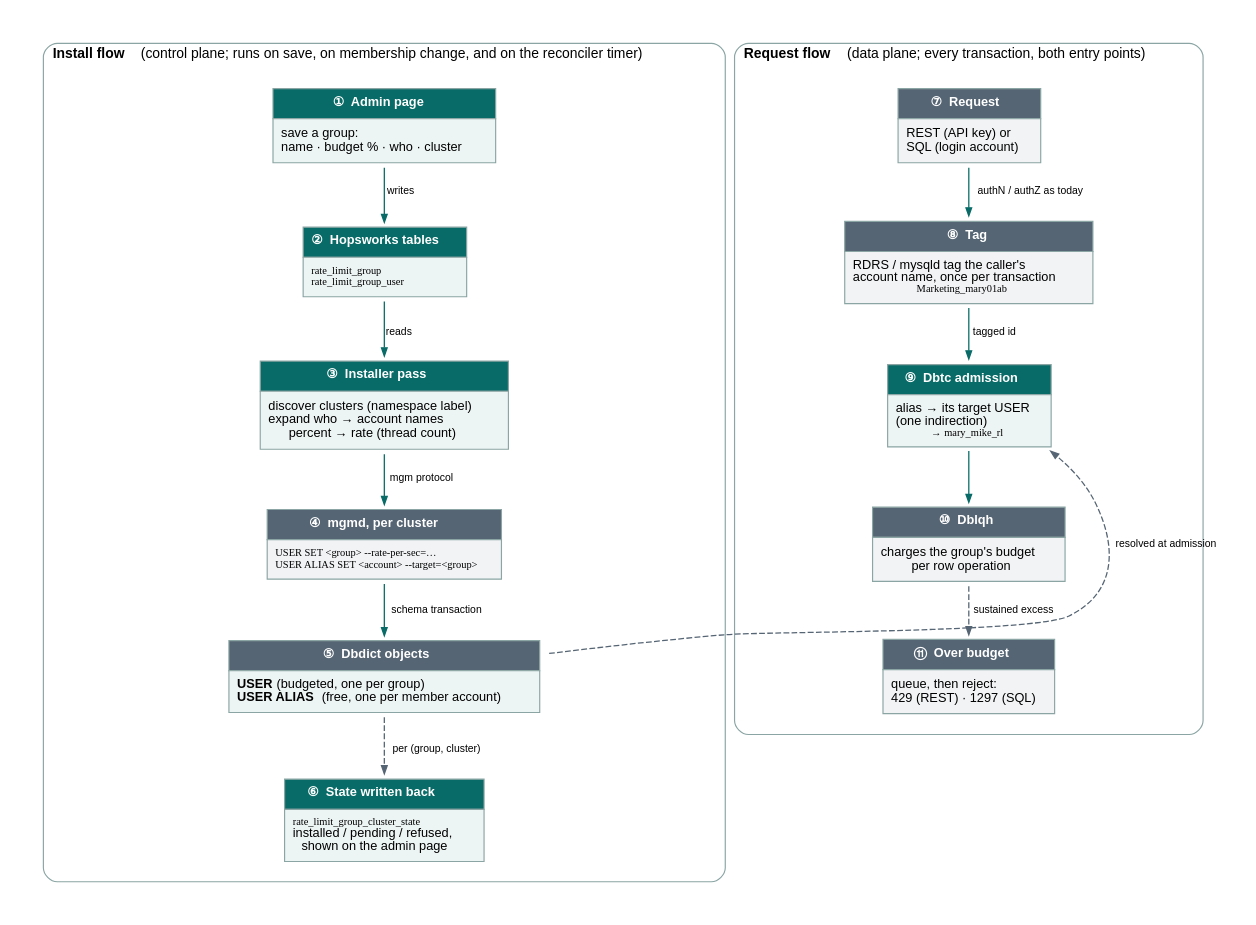
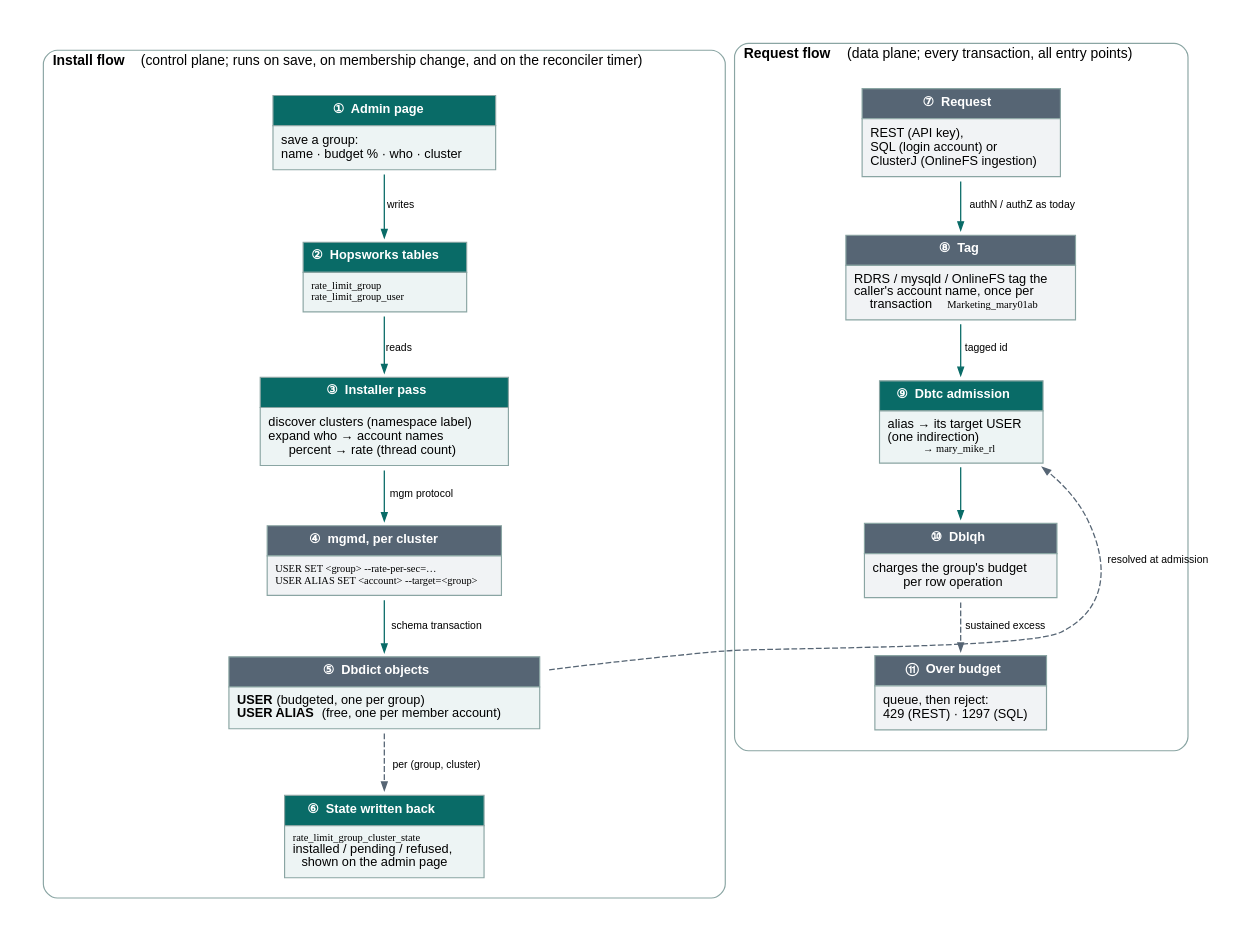
Before and after one commit to logicalclocks/rondb: the diagram in storage/ndb/rest-server2/server/docs/rate-limit-groups/img/v2/lifecycle.dot, drawn with Graphviz. The commit also changed 8 other files, not shown here.

```diff
--- a/storage/ndb/rest-server2/server/docs/rate-limit-groups/img/v2/lifecycle.dot
+++ b/storage/ndb/rest-server2/server/docs/rate-limit-groups/img/v2/lifecycle.dot
@@ -1,87 +1,87 @@
 digraph lifecycle {
   rankdir=TB;
   graph [fontname="Helvetica", fontsize=11, pad=0.3, nodesep=0.5, ranksep=0.45, bgcolor="white", compound=true, newrank=true];
   node  [shape=plaintext, fontname="Helvetica", fontsize=11];
   edge  [fontname="Helvetica", fontsize=9, color="#096b67", arrowsize=0.7, penwidth=1.1];
 
   subgraph cluster_install {
     label=<<B>Install flow</B> (control plane; runs on save, on membership change, and on the reconciler timer)>; fontsize=12; color="#8aa5a3"; style="rounded"; margin=14;
     s1 [label=<
 <TABLE BORDER="0" CELLBORDER="1" CELLSPACING="0" CELLPADDING="6" COLOR="#8aa5a3">
  <TR><TD BGCOLOR="#096b67"><FONT COLOR="white"><B>&#9312;&nbsp; Admin page</B></FONT></TD></TR>
  <TR><TD BGCOLOR="#edf4f4" ALIGN="LEFT">save a group:<BR ALIGN="LEFT"/>name &middot; budget % &middot; who &middot; cluster</TD></TR>
 </TABLE>>];
     s2 [label=<
 <TABLE BORDER="0" CELLBORDER="1" CELLSPACING="0" CELLPADDING="6" COLOR="#8aa5a3">
  <TR><TD BGCOLOR="#096b67"><FONT COLOR="white"><B>&#9313;&nbsp; Hopsworks tables</B></FONT></TD></TR>
  <TR><TD BGCOLOR="#edf4f4" ALIGN="LEFT"><FONT FACE="Menlo" POINT-SIZE="9">rate_limit_group</FONT><BR ALIGN="LEFT"/><FONT FACE="Menlo" POINT-SIZE="9">rate_limit_group_user</FONT></TD></TR>
 </TABLE>>];
     s3 [label=<
 <TABLE BORDER="0" CELLBORDER="1" CELLSPACING="0" CELLPADDING="6" COLOR="#8aa5a3">
  <TR><TD BGCOLOR="#096b67"><FONT COLOR="white"><B>&#9314;&nbsp; Installer pass</B></FONT></TD></TR>
  <TR><TD BGCOLOR="#edf4f4" ALIGN="LEFT">discover clusters (namespace label)<BR ALIGN="LEFT"/>expand who &rarr; account names<BR ALIGN="LEFT"/>percent &rarr; rate (thread count)</TD></TR>
 </TABLE>>];
     s4 [label=<
 <TABLE BORDER="0" CELLBORDER="1" CELLSPACING="0" CELLPADDING="6" COLOR="#8aa5a3">
  <TR><TD BGCOLOR="#566574"><FONT COLOR="white"><B>&#9315;&nbsp; mgmd, per cluster</B></FONT></TD></TR>
  <TR><TD BGCOLOR="#f1f3f5" ALIGN="LEFT"><FONT FACE="Menlo" POINT-SIZE="9">USER SET &lt;group&gt; --rate-per-sec=&hellip;</FONT><BR ALIGN="LEFT"/><FONT FACE="Menlo" POINT-SIZE="9">USER ALIAS SET &lt;account&gt; --target=&lt;group&gt;</FONT></TD></TR>
 </TABLE>>];
     s5 [label=<
 <TABLE BORDER="0" CELLBORDER="1" CELLSPACING="0" CELLPADDING="6" COLOR="#8aa5a3">
  <TR><TD BGCOLOR="#566574"><FONT COLOR="white"><B>&#9316;&nbsp; Dbdict objects</B></FONT></TD></TR>
  <TR><TD BGCOLOR="#edf4f4" ALIGN="LEFT"><B>USER</B> (budgeted, one per group)<BR ALIGN="LEFT"/><B>USER ALIAS</B> (free, one per member account)</TD></TR>
 </TABLE>>];
     s1 -> s2 [label="writes"];
     s2 -> s3 [label="reads"];
     s3 -> s4 [label="mgm protocol"];
     s4 -> s5 [label="schema transaction"];
 
     state [label=<
 <TABLE BORDER="0" CELLBORDER="1" CELLSPACING="0" CELLPADDING="6" COLOR="#8aa5a3">
  <TR><TD BGCOLOR="#096b67"><FONT COLOR="white"><B>&#9317;&nbsp; State written back</B></FONT></TD></TR>
  <TR><TD BGCOLOR="#edf4f4" ALIGN="LEFT"><FONT FACE="Menlo" POINT-SIZE="9">rate_limit_group_cluster_state</FONT><BR ALIGN="LEFT"/>installed / pending / refused,<BR ALIGN="LEFT"/>shown on the admin page</TD></TR>
 </TABLE>>];
     s5 -> state [label="per (group, cluster)", style=dashed, color="#566574"];
   }
 
   subgraph cluster_request {
-    label=<<B>Request flow</B> (data plane; every transaction, both entry points)>; fontsize=12; color="#8aa5a3"; style="rounded"; margin=14;
+    label=<<B>Request flow</B> (data plane; every transaction, all entry points)>; fontsize=12; color="#8aa5a3"; style="rounded"; margin=14;
     r1 [label=<
 <TABLE BORDER="0" CELLBORDER="1" CELLSPACING="0" CELLPADDING="6" COLOR="#8aa5a3">
  <TR><TD BGCOLOR="#566574"><FONT COLOR="white"><B>&#9318;&nbsp; Request</B></FONT></TD></TR>
- <TR><TD BGCOLOR="#f1f3f5" ALIGN="LEFT">REST (API key) or<BR ALIGN="LEFT"/>SQL (login account)</TD></TR>
+ <TR><TD BGCOLOR="#f1f3f5" ALIGN="LEFT">REST (API key),<BR ALIGN="LEFT"/>SQL (login account) or<BR ALIGN="LEFT"/>ClusterJ (OnlineFS ingestion)</TD></TR>
 </TABLE>>];
     r2 [label=<
 <TABLE BORDER="0" CELLBORDER="1" CELLSPACING="0" CELLPADDING="6" COLOR="#8aa5a3">
  <TR><TD BGCOLOR="#566574"><FONT COLOR="white"><B>&#9319;&nbsp; Tag</B></FONT></TD></TR>
- <TR><TD BGCOLOR="#f1f3f5" ALIGN="LEFT">RDRS / mysqld tag the caller&apos;s<BR ALIGN="LEFT"/>account name, once per transaction<BR ALIGN="LEFT"/><FONT FACE="Menlo" POINT-SIZE="9">Marketing_mary01ab</FONT></TD></TR>
+ <TR><TD BGCOLOR="#f1f3f5" ALIGN="LEFT">RDRS / mysqld / OnlineFS tag the<BR ALIGN="LEFT"/>caller&apos;s account name, once per<BR ALIGN="LEFT"/>transaction <FONT FACE="Menlo" POINT-SIZE="9">Marketing_mary01ab</FONT></TD></TR>
 </TABLE>>];
     r3 [label=<
 <TABLE BORDER="0" CELLBORDER="1" CELLSPACING="0" CELLPADDING="6" COLOR="#8aa5a3">
  <TR><TD BGCOLOR="#096b67"><FONT COLOR="white"><B>&#9320;&nbsp; Dbtc admission</B></FONT></TD></TR>
  <TR><TD BGCOLOR="#edf4f4" ALIGN="LEFT">alias &rarr; its target USER<BR ALIGN="LEFT"/>(one indirection)<BR ALIGN="LEFT"/><FONT FACE="Menlo" POINT-SIZE="9">&rarr; mary_mike_rl</FONT></TD></TR>
 </TABLE>>];
     r4 [label=<
 <TABLE BORDER="0" CELLBORDER="1" CELLSPACING="0" CELLPADDING="6" COLOR="#8aa5a3">
  <TR><TD BGCOLOR="#566574"><FONT COLOR="white"><B>&#9321;&nbsp; Dblqh</B></FONT></TD></TR>
  <TR><TD BGCOLOR="#f1f3f5" ALIGN="LEFT">charges the group&apos;s budget<BR ALIGN="LEFT"/>per row operation</TD></TR>
 </TABLE>>];
     r5 [label=<
 <TABLE BORDER="0" CELLBORDER="1" CELLSPACING="0" CELLPADDING="6" COLOR="#8aa5a3">
  <TR><TD BGCOLOR="#566574"><FONT COLOR="white"><B>&#9322;&nbsp; Over budget</B></FONT></TD></TR>
  <TR><TD BGCOLOR="#f1f3f5" ALIGN="LEFT">queue, then reject:<BR ALIGN="LEFT"/>429 (REST) &middot; 1297 (SQL)</TD></TR>
 </TABLE>>];
     r1 -> r2 [label="authN / authZ as today"];
     r2 -> r3 [label="tagged id"];
     r3 -> r4;
     r4 -> r5 [label="sustained excess", style=dashed, color="#566574"];
   }
 
   s5 -> r3 [label="resolved at admission", style=dashed, color="#566574", constraint=false];
 
   { rank=same; s1; r1; }
   { rank=same; s2; r2; }
   { rank=same; s3; r3; }
   { rank=same; s4; r4; }
   { rank=same; s5; r5; }
 }
```
